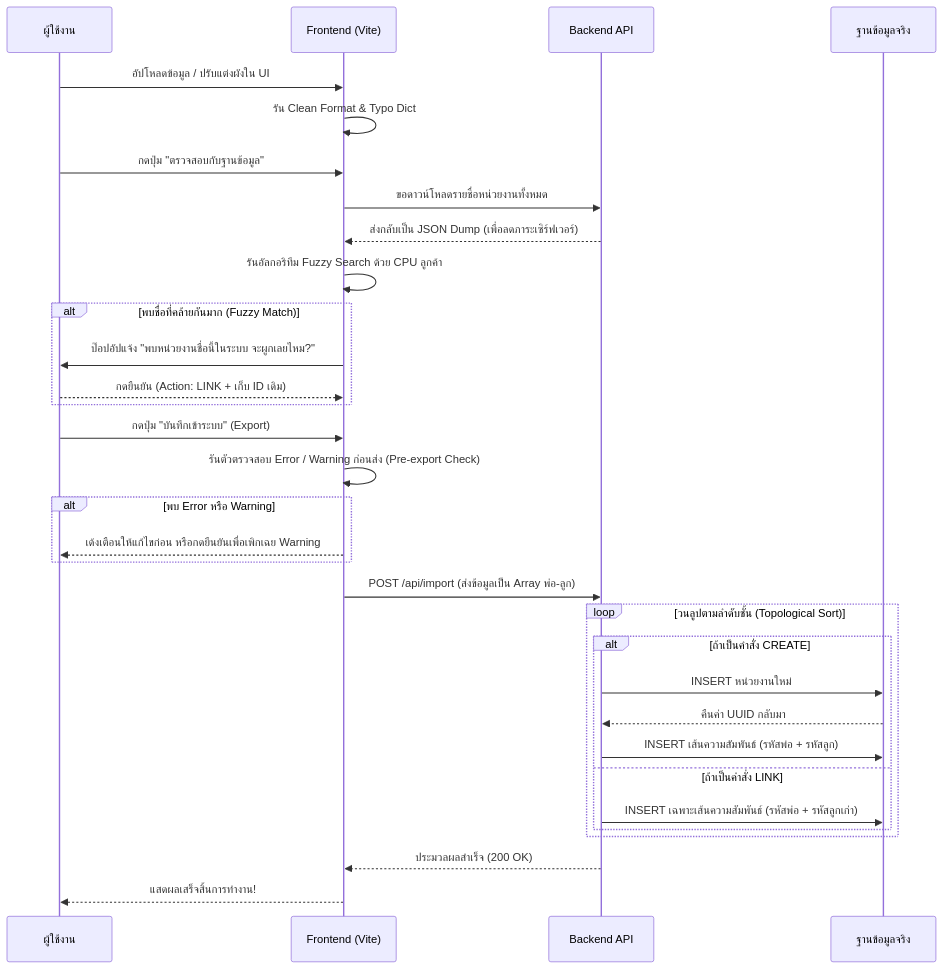
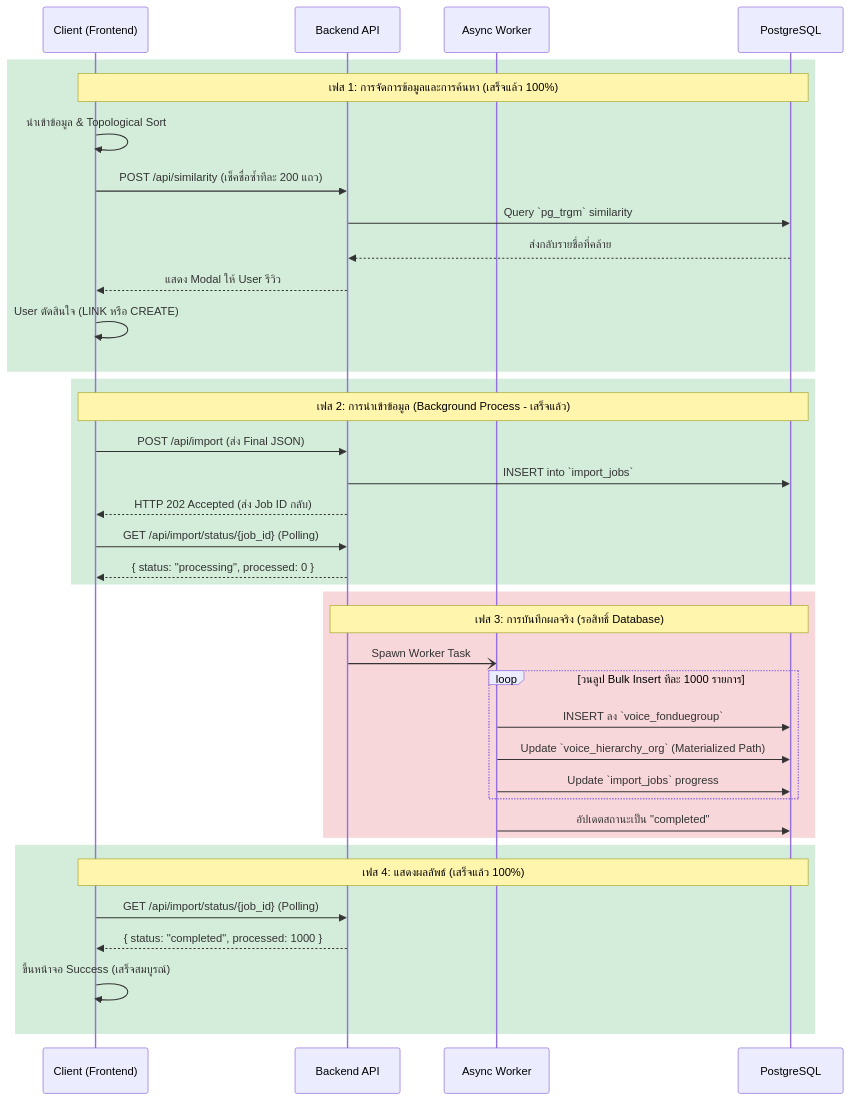
One commit to traffy-nectec/org-chart-creation changed the second of 2 diagrams in README.md. Above: the diagram before and after it, drawn with Mermaid. The commit also changed other lines of this file, not shown here.

Commit message:
docs: update flowchart and sequence diagrams with completion status colors

````diff
--- a/README.md
+++ b/README.md
@@ -126,40 +159,44 @@
 ```mermaid
 sequenceDiagram
-    participant User as ผู้ใช้งาน
-    participant Frontend as Frontend (Vite)
-    participant Backend as Backend API
-    participant DB as ฐานข้อมูลจริง
+    participant C as Client (Frontend)
+    participant A as Backend API
+    participant W as Async Worker
+    participant DB as PostgreSQL
 
-    User->>Frontend: อัปโหลดข้อมูล / ปรับแต่งผังใน UI
-    Frontend->>Frontend: รัน Clean Format & Typo Dict
-    User->>Frontend: กดปุ่ม "ตรวจสอบกับฐานข้อมูล"
-    Frontend->>Backend: ขอดาวน์โหลดรายชื่อหน่วยงานทั้งหมด
-    Backend-->>Frontend: ส่งกลับเป็น JSON Dump (เพื่อลดภาระเซิร์ฟเวอร์)
-    Frontend->>Frontend: รันอัลกอริทึม Fuzzy Search ด้วย CPU ลูกค้า
-    
-    alt พบชื่อที่คล้ายกันมาก (Fuzzy Match)
-        Frontend->>User: ป๊อปอัปแจ้ง "พบหน่วยงานชื่อนี้ในระบบ จะผูกเลยไหม?"
-        User-->>Frontend: กดยืนยัน (Action: LINK + เก็บ ID เดิม)
+    rect rgb(212, 237, 218)
+    Note over C, DB: เฟส 1: การจัดการข้อมูลและการค้นหา (เสร็จแล้ว 100%)
+    C->>C: นำเข้าข้อมูล & Topological Sort
+    C->>A: POST /api/similarity (เช็คชื่อซ้ำทีละ 200 แถว)
+    A->>DB: Query `pg_trgm` similarity
+    DB-->>A: ส่งกลับรายชื่อที่คล้าย
+    A-->>C: แสดง Modal ให้ User รีวิว
+    C->>C: User ตัดสินใจ (LINK หรือ CREATE)
     end
     
-    User->>Frontend: กดปุ่ม "บันทึกเข้าระบบ" (Export)
-    Frontend->>Frontend: รันตัวตรวจสอบ Error / Warning ก่อนส่ง (Pre-export Check)
-    alt พบ Error หรือ Warning 
-        Frontend-->>User: เด้งเตือนให้แก้ไขก่อน หรือกดยืนยันเพื่อเพิกเฉย Warning
+    rect rgb(212, 237, 218)
+    Note over C, DB: เฟส 2: การนำเข้าข้อมูล (Background Process - เสร็จแล้ว)
+    C->>A: POST /api/import (ส่ง Final JSON)
+    A->>DB: INSERT into `import_jobs`
+    A-->>C: HTTP 202 Accepted (ส่ง Job ID กลับ)
+    C->>A: GET /api/import/status/{job_id} (Polling)
+    A-->>C: { status: "processing", processed: 0 }
     end
     
-    Frontend->>Backend: POST /api/import (ส่งข้อมูลเป็น Array พ่อ-ลูก)
-    
-    loop วนลูปตามลำดับชั้น (Topological Sort)
-        alt ถ้าเป็นคำสั่ง CREATE
-            Backend->>DB: INSERT หน่วยงานใหม่
-            DB-->>Backend: คืนค่า UUID กลับมา
-            Backend->>DB: INSERT เส้นความสัมพันธ์ (รหัสพ่อ + รหัสลูก)
-        else ถ้าเป็นคำสั่ง LINK
-            Backend->>DB: INSERT เฉพาะเส้นความสัมพันธ์ (รหัสพ่อ + รหัสลูกเก่า)
-        end
+    rect rgb(248, 215, 218)
+    Note over A, DB: เฟส 3: การบันทึกผลจริง (รอสิทธิ์ Database)
+    A-)W: Spawn Worker Task
+    loop วนลูป Bulk Insert ทีละ 1000 รายการ
+        W->>DB: INSERT ลง `voice_fonduegroup`
+        W->>DB: Update `voice_hierarchy_org` (Materialized Path)
+        W->>DB: Update `import_jobs` progress
+    end
+    W->>DB: อัปเดตสถานะเป็น "completed"
     end
     
-    Backend-->>Frontend: ประมวลผลสำเร็จ (200 OK)
-    Frontend-->>User: แสดผลเสร็จสิ้นการทำงาน!
+    rect rgb(212, 237, 218)
+    Note over C, DB: เฟส 4: แสดงผลลัพธ์ (เสร็จแล้ว 100%)
+    C->>A: GET /api/import/status/{job_id} (Polling)
+    A-->>C: { status: "completed", processed: 1000 }
+    C->>C: ขึ้นหน้าจอ Success (เสร็จสมบูรณ์)
+    end
 ```
````
